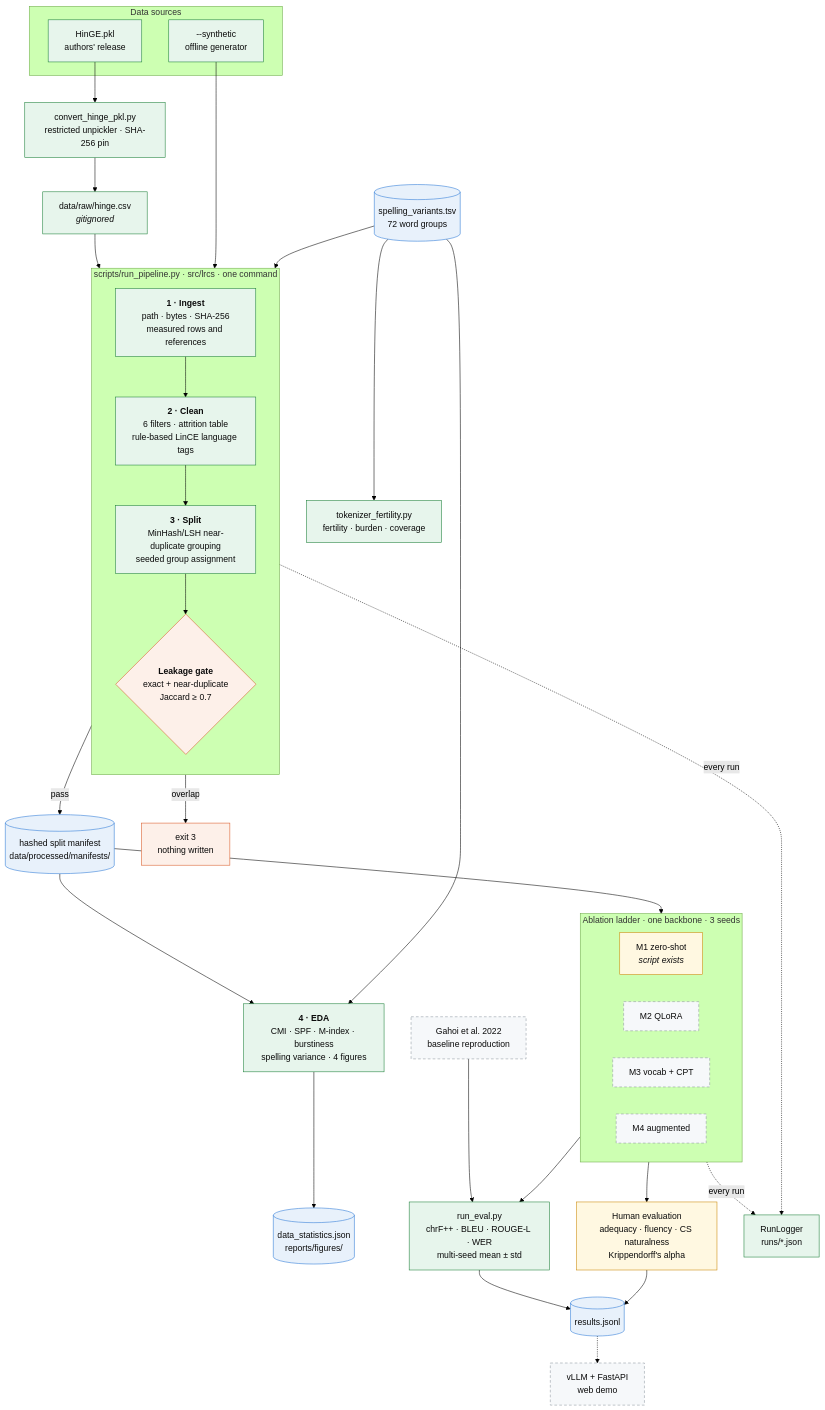
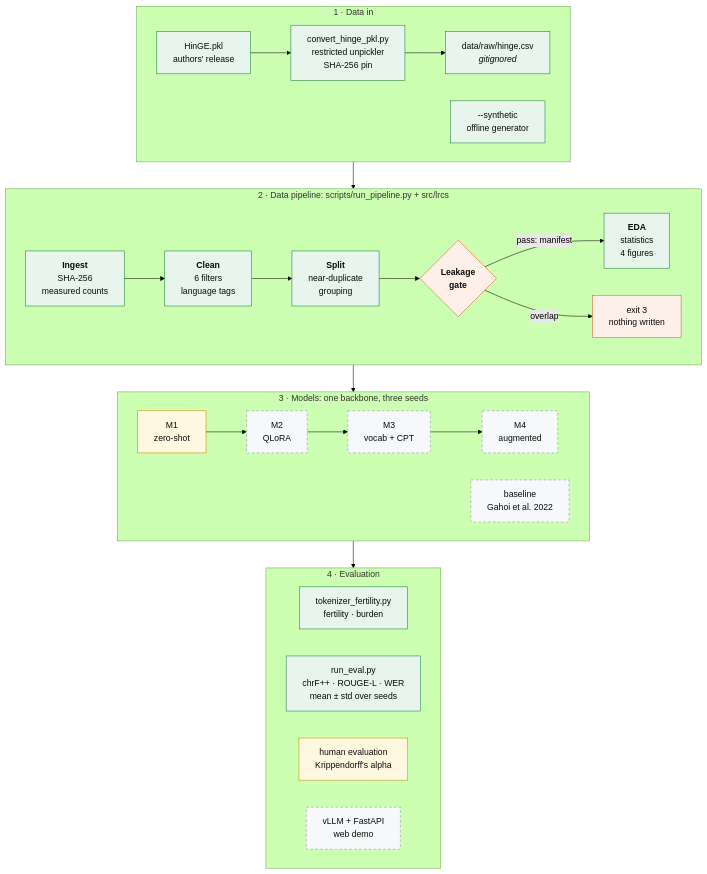
One commit to 298A-Team-2-Topic-23/Low-Resource-and-Code-Switched-Language-Systems changed the second of 3 diagrams in README.md. Above: the diagram before and after it, drawn with Mermaid (forest theme). The commit also changed other lines of this file, not shown here.

Commit message:
README: redraw diagrams as stacked rows so GitHub renders them legibly
Long left-to-right chains were scaled down until unreadable, and the tall
top-to-bottom architecture diagram was cropped by GitHub's diagram frame.
Each diagram is now rows of at most five nodes.

````diff
--- a/README.md
+++ b/README.md
@@ -121,63 +128,35 @@
 ```mermaid
 flowchart TB
-    subgraph SRC["Data sources"]
-        PKL["HinGE.pkl<br/>authors' release"]
+    subgraph D["1 · Data in"]
+        direction LR
+        PKL["HinGE.pkl<br/>authors' release"] --> CONV["convert_hinge_pkl.py<br/>restricted unpickler<br/>SHA-256 pin"] --> CSV["data/raw/hinge.csv<br/><i>gitignored</i>"]
         SYN["--synthetic<br/>offline generator"]
     end
-
-    CONV["convert_hinge_pkl.py<br/>restricted unpickler · SHA-256 pin"]
-    PKL --> CONV --> CSV["data/raw/hinge.csv<br/><i>gitignored</i>"]
-
-    subgraph PIPE["scripts/run_pipeline.py · src/lrcs · one command"]
-        direction TB
-        S1["<b>1 · Ingest</b><br/>path · bytes · SHA-256<br/>measured rows and references"]
-        S2["<b>2 · Clean</b><br/>6 filters · attrition table<br/>rule-based LinCE language tags"]
-        S3["<b>3 · Split</b><br/>MinHash/LSH near-duplicate grouping<br/>seeded group assignment"]
-        GATE{"<b>Leakage gate</b><br/>exact + near-duplicate<br/>Jaccard ≥ 0.7"}
-        S1 --> S2 --> S3 --> GATE
+    subgraph P["2 · Data pipeline: scripts/run_pipeline.py + src/lrcs"]
+        direction LR
+        S1["<b>Ingest</b><br/>SHA-256<br/>measured counts"] --> S2["<b>Clean</b><br/>6 filters<br/>language tags"] --> S3["<b>Split</b><br/>near-duplicate<br/>grouping"] --> GATE{"<b>Leakage</b><br/><b>gate</b>"}
+        GATE -- "pass: manifest" --> S4["<b>EDA</b><br/>statistics<br/>4 figures"]
+        GATE -- "overlap" --> HALT["exit 3<br/>nothing written"]
     end
-
-    CSV --> S1
-    SYN --> S1
-    GATE -- "pass" --> MAN[("hashed split manifest<br/>data/processed/manifests/")]
-    GATE -- "overlap" --> HALT["exit 3<br/>nothing written"]
-    MAN --> S4["<b>4 · EDA</b><br/>CMI · SPF · M-index · burstiness<br/>spelling variance · 4 figures"]
-    S4 --> STATS[("data_statistics.json<br/>reports/figures/")]
-
-    LEX[("spelling_variants.tsv<br/>72 word groups")]
-    LEX --> S2
-    LEX --> S4
-    LEX --> FERT["tokenizer_fertility.py<br/>fertility · burden · coverage"]
-
-    subgraph MODELS["Ablation ladder · one backbone · 3 seeds"]
+    subgraph M["3 · Models: one backbone, three seeds"]
         direction LR
-        M1["M1 zero-shot<br/><i>script exists</i>"]
-        M2["M2 QLoRA"]
-        M3["M3 vocab + CPT"]
-        M4["M4 augmented"]
+        M1["M1<br/>zero-shot"] --> M2["M2<br/>QLoRA"] --> M3["M3<br/>vocab + CPT"] --> M4["M4<br/>augmented"]
+        BASE["baseline<br/>Gahoi et al. 2022"]
     end
-    MAN --> MODELS
-    BASE["Gahoi et al. 2022<br/>baseline reproduction"]
-
-    MODELS --> EVAL["run_eval.py<br/>chrF++ · BLEU · ROUGE-L · WER<br/>multi-seed mean ± std"]
-    BASE --> EVAL
-    MODELS --> HUM["Human evaluation<br/>adequacy · fluency · CS naturalness<br/>Krippendorff's alpha"]
-    EVAL --> RES[("results.jsonl")]
-    HUM --> RES
-    RES -.-> SERVE["vLLM + FastAPI<br/>web demo"]
-
-    LOG["RunLogger<br/>runs/*.json"]
-    PIPE -. "every run" .-> LOG
-    MODELS -. "every run" .-> LOG
-
+    subgraph E["4 · Evaluation"]
+        direction LR
+        FE["tokenizer_fertility.py<br/>fertility · burden"]
+        EV["run_eval.py<br/>chrF++ · ROUGE-L · WER<br/>mean ± std over seeds"]
+        HU["human evaluation<br/>Krippendorff's alpha"]
+        SERVE["vLLM + FastAPI<br/>web demo"]
+    end
+    D --> P --> M --> E
     classDef built fill:#e7f5ec,stroke:#1a7f37,color:#0b0b0b
     classDef partial fill:#fff8e1,stroke:#c98500,color:#0b0b0b
     classDef planned fill:#f6f8fa,stroke:#8c959f,color:#0b0b0b,stroke-dasharray:5 4
     classDef gate fill:#fdf0e9,stroke:#d95926,color:#0b0b0b
-    classDef store fill:#e8f1fb,stroke:#2a78d6,color:#0b0b0b
-    class PKL,SYN,CONV,CSV,S1,S2,S3,S4,FERT,EVAL,LOG built
+    class PKL,CONV,CSV,SYN,S1,S2,S3,S4,FE,EV built
     class GATE,HALT gate
-    class MAN,STATS,LEX,RES store
-    class M1,HUM partial
+    class M1,HU partial
     class M2,M3,M4,BASE,SERVE planned
 ```
````
